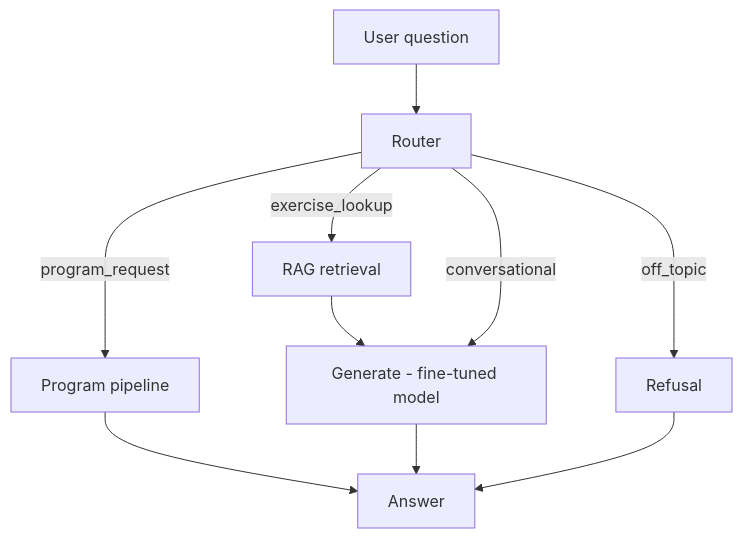
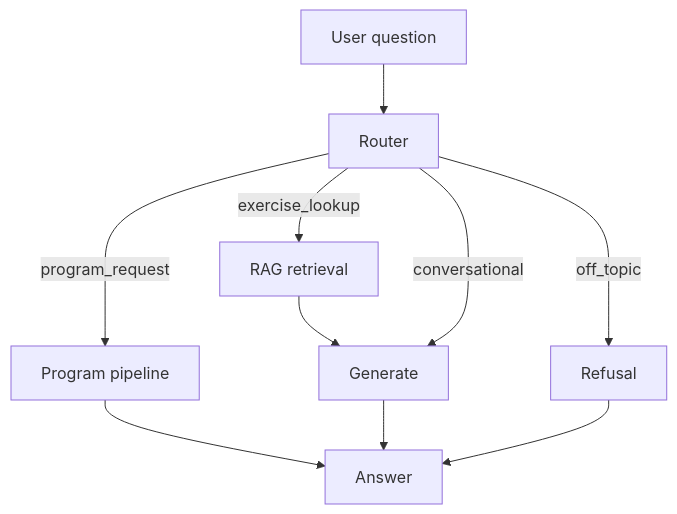
One commit to jpontoire/fitness_coach_cloud changed the diagram in README.md. Above: the diagram before and after it, drawn with Mermaid. The commit also changed other lines of this file, not shown here.

````diff
--- a/README.md
+++ b/README.md
@@ -18,12 +19,12 @@
 ```mermaid
 graph TD
     Q[User question] --> R[Router]
     R -->|exercise_lookup| RAG[RAG retrieval]
-    RAG --> GEN[Generate - fine-tuned model]
+    RAG --> GEN[Generate]
     R -->|program_request| PROG[Program pipeline]
     R -->|conversational| GEN
     R -->|off_topic| REF[Refusal]
     PROG --> END[Answer]
     GEN --> END
     REF --> END
 ```
````
